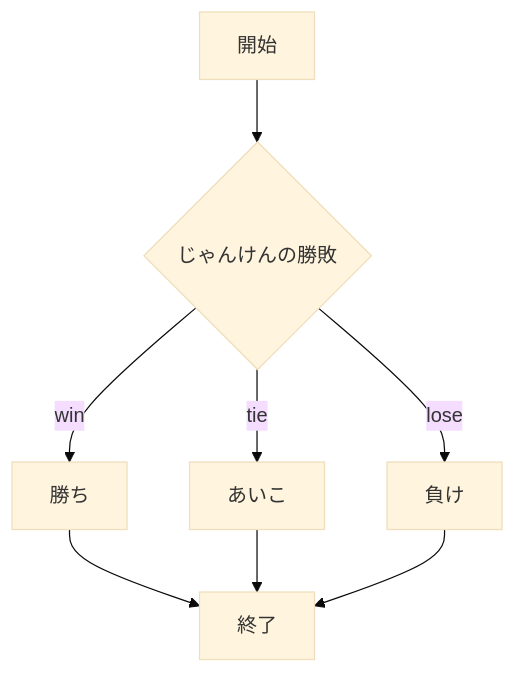
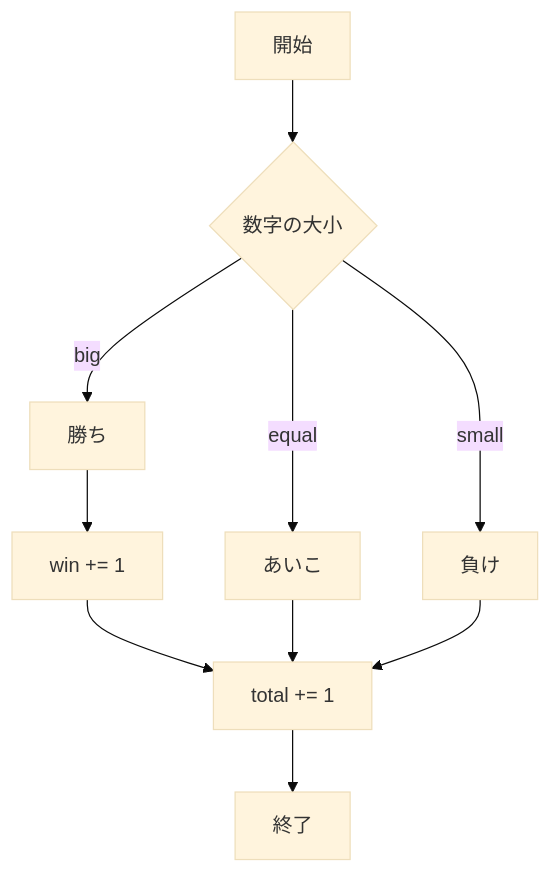
One commit to adachiteruya/webpro_06 changed the third of 3 diagrams in README.md. Above: the diagram before and after it, drawn with Mermaid (base theme). The commit also changed other lines of this file and 14 other files, not shown here.

````diff
--- a/README.md
+++ b/README.md
@@ -48,18 +257,22 @@
 ```mermaid
 flowchart TD;
 
 start["開始"];
 end1["終了"]
-if{"じゃんけんの勝敗"}
+if{"数字の大小"}
 win["勝ち"]
+win_count["win += 1"]
 tie["あいこ"]
 lose["負け"]
+total["total += 1"]
 
 start --> if
-if -->|win| win
-win --> end1
-if -->|tie| tie
-tie --> end1
-if -->|lose| lose
-lose --> end1
+if -->|big| win
+win --> win_count
+win_count --> total
+if -->|equal| tie
+tie --> total
+if -->|small| lose
+lose --> total
+total --> end1
 ```
````
